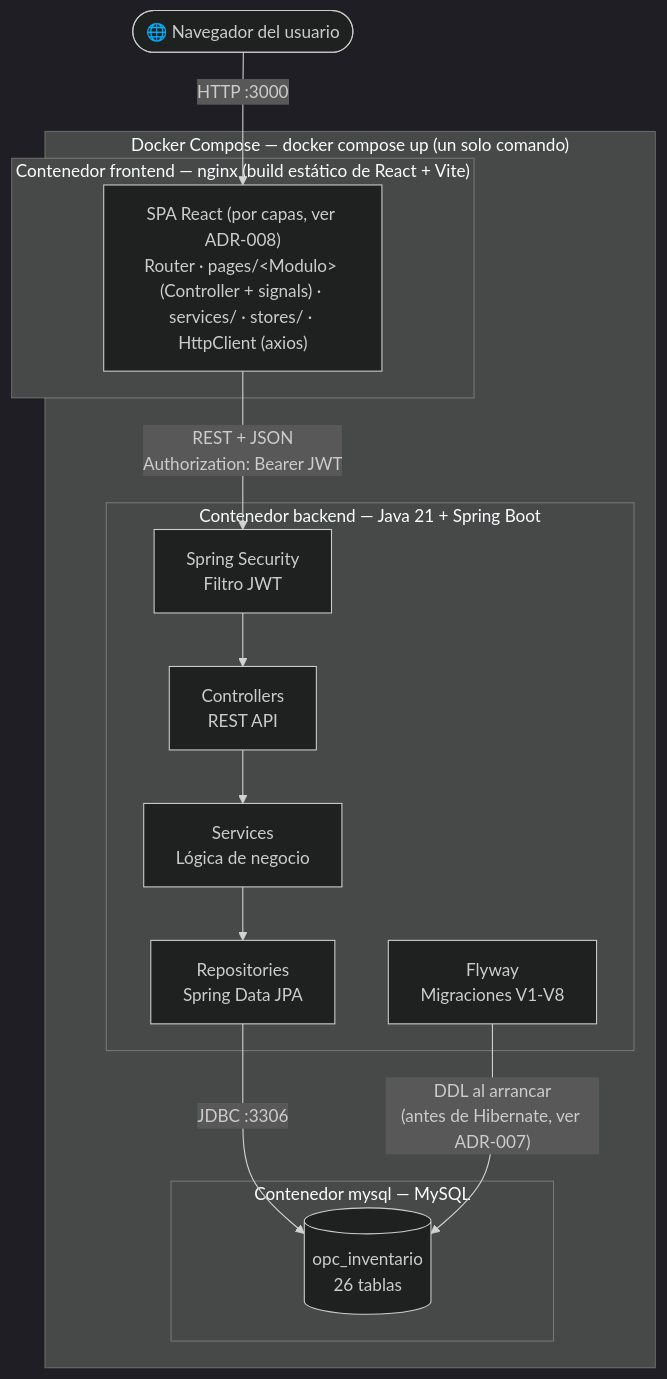
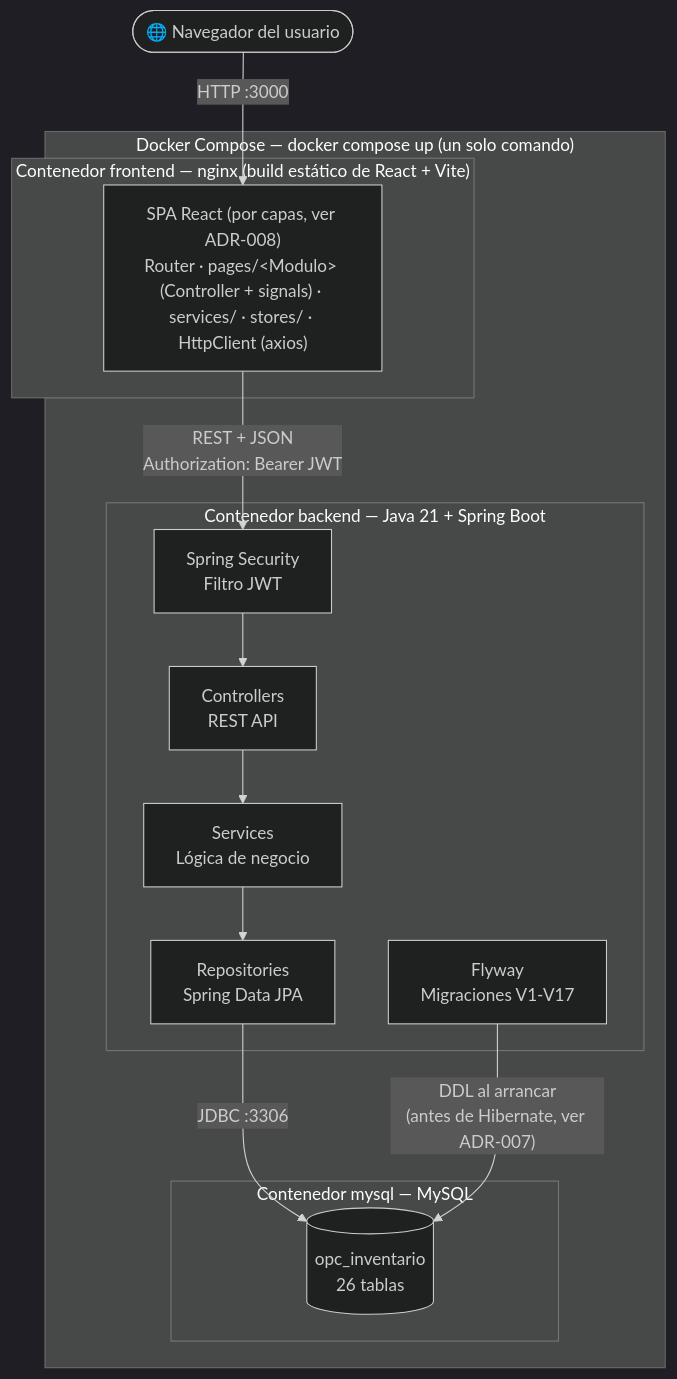
Before and after one commit to MarlonHolguin-gif/-OPC-inventory-management-system: the second of 4 diagrams in requirements/Diagramas_Ingenieria.md, drawn with Mermaid (dark theme). The commit also changed 2 other files, not shown here.

Commit message:
docs: requerimientos, historias de usuario y correcciones
- README: nuevas secciones Requerimientos (RF/RNF/restricciones/supuestos con
  enlace a Analisis_Requerimientos.md), Historias de usuario y Seguridad
  (checklist).
- DER.md: corrige tr_price_list_items → ma_price_list_items en discount_pct.
- Diagramas_Ingenieria.md: etiqueta de Flyway V1-V8 → V1-V17.

Claude-Session: https://claude.ai/code/session_01EUfRv4ScAd6SCgcEYbDxi2

````diff
--- a/requirements/Diagramas_Ingenieria.md
+++ b/requirements/Diagramas_Ingenieria.md
@@ -104,29 +104,29 @@
 ```mermaid
 flowchart TB
     Browser(["🌐 Navegador del usuario"])
 
     subgraph DockerCompose["Docker Compose — docker compose up (un solo comando)"]
         subgraph FrontendContainer["Contenedor frontend — nginx (build estático de React + Vite)"]
             SPA["SPA React (por capas, ver ADR-008)<br/>Router · pages/&lt;Modulo&gt; (Controller + signals) · services/ · stores/ · HttpClient (axios)"]
         end
 
         subgraph BackendContainer["Contenedor backend — Java 21 + Spring Boot"]
             Security["Spring Security<br/>Filtro JWT"]
             Controllers["Controllers<br/>REST API"]
             Services["Services<br/>Lógica de negocio"]
             Repositories["Repositories<br/>Spring Data JPA"]
-            Flyway["Flyway<br/>Migraciones V1-V8"]
+            Flyway["Flyway<br/>Migraciones V1-V17"]
 
             Security --> Controllers --> Services --> Repositories
         end
 
         subgraph MySQLContainer["Contenedor mysql — MySQL"]
             DB[("opc_inventario<br/>26 tablas")]
         end
     end
 
     Browser -->|"HTTP :3000"| SPA
     SPA -->|"REST + JSON<br/>Authorization: Bearer JWT"| Security
     Repositories -->|"JDBC :3306"| DB
     Flyway -->|"DDL al arrancar<br/>(antes de Hibernate, ver ADR-007)"| DB
 ```
````
